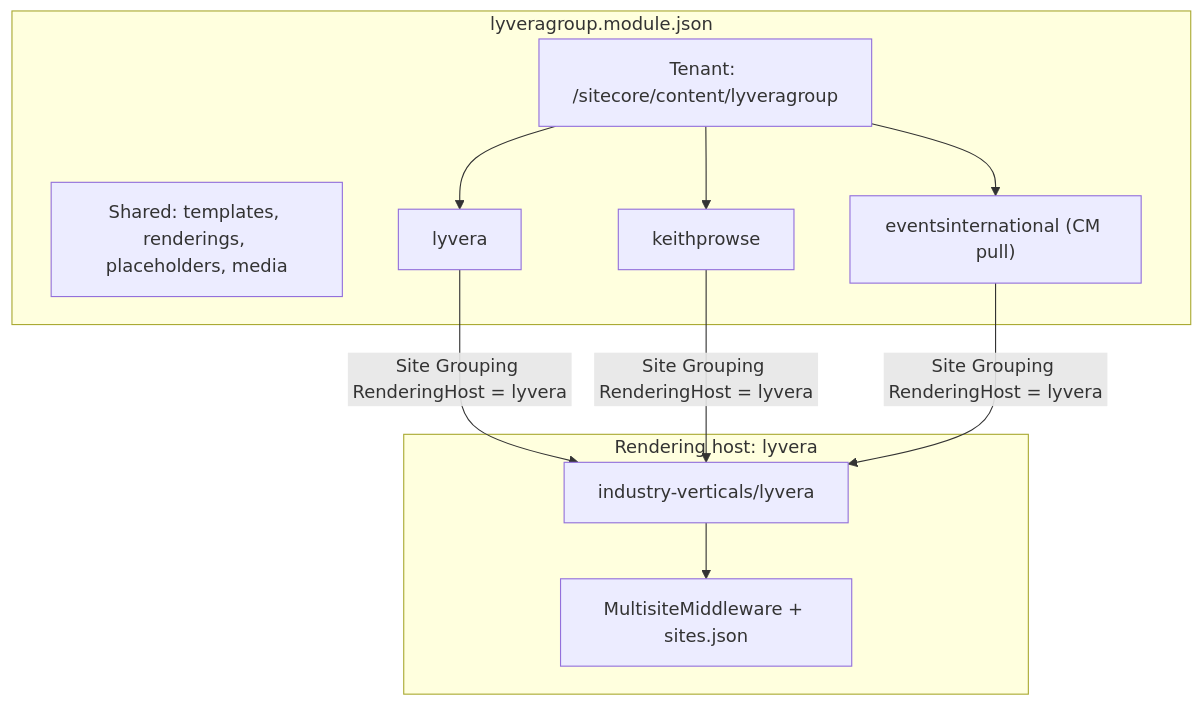
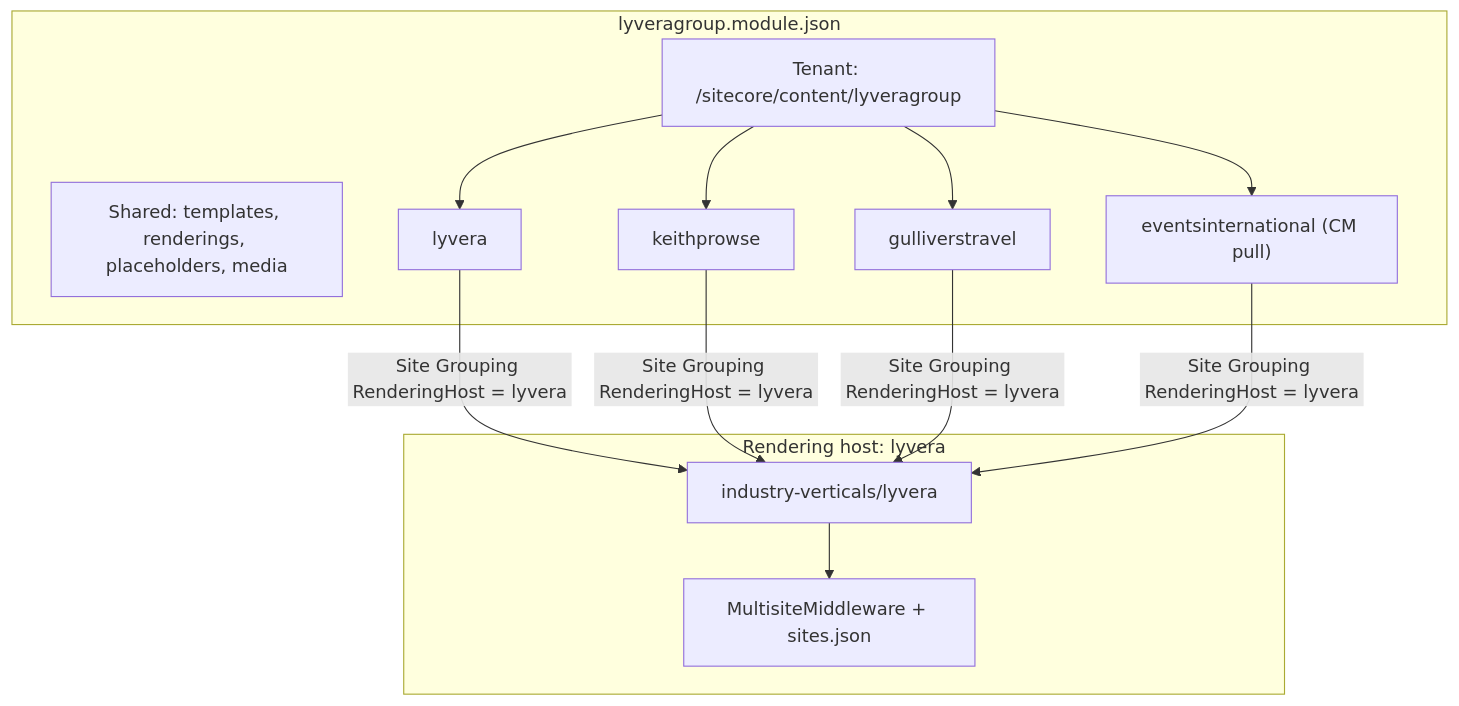
Before and after one commit to sumithpdd/spd_Sitecore.Demo.SitecoreAI.IndustryVerticals.SiteTemplates: the first of 2 diagrams in docs/LYVERA.md, drawn with Mermaid. The commit also changed other lines of this file and 3 other files, not shown here.

````diff
--- a/docs/LYVERA.md
+++ b/docs/LYVERA.md
@@ -17,17 +17,18 @@
 ```mermaid
 flowchart TB
   subgraph module ["lyveragroup.module.json"]
     shared["Shared: templates, renderings, placeholders, media"]
     tenant["Tenant: /sitecore/content/lyveragroup"]
     lyvera["lyvera"]
     kp["keithprowse"]
+    gs["gulliverstravel"]
     ei["eventsinternational (CM pull)"]
   end
   subgraph host ["Rendering host: lyvera"]
     app["industry-verticals/lyvera"]
     mw["MultisiteMiddleware + sites.json"]
   end
-  tenant --> lyvera & kp & ei
-  lyvera & kp & ei -->|"Site Grouping RenderingHost = lyvera"| app
+  tenant --> lyvera & kp & gs & ei
+  lyvera & kp & gs & ei -->|"Site Grouping RenderingHost = lyvera"| app
   app --> mw
 ```
````
